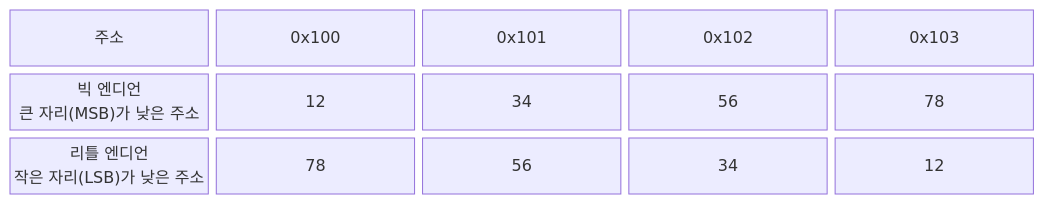
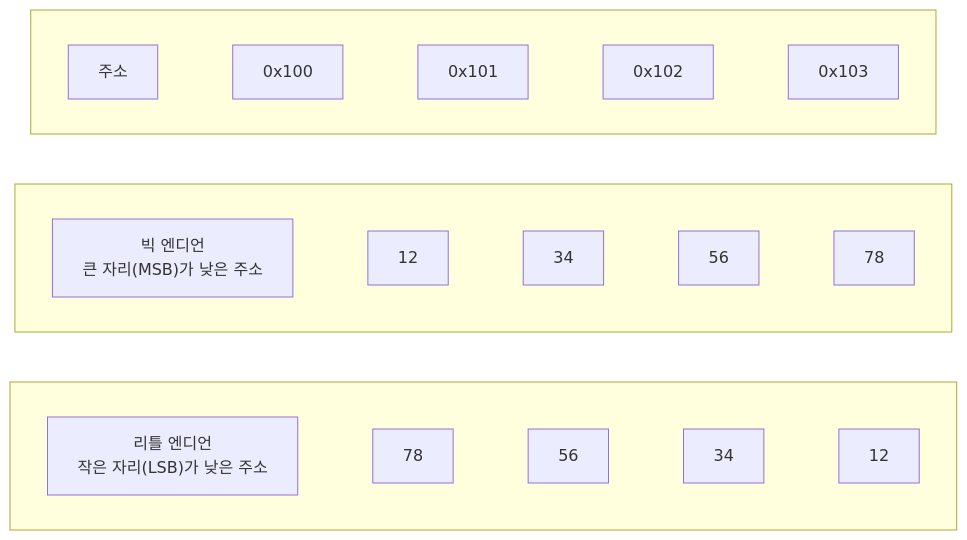
Before and after one commit to HerrineKim/riverlog: the diagram in content/knowledge/Computer-Science/Computer-Architecture/data-representation.md, drawn with Mermaid. The commit also changed 4 other files, not shown here.

First line of the commit message:
docs(knowledge): block-beta 다이어그램을 flowchart로 (일부)

````diff
--- a/content/knowledge/Computer-Science/Computer-Architecture/data-representation.md
+++ b/content/knowledge/Computer-Science/Computer-Architecture/data-representation.md
@@ -297,7 +297,16 @@
 ```mermaid
-block-beta
-  columns 5
-  h0["주소"] h1["0x100"] h2["0x101"] h3["0x102"] h4["0x103"]
-  b0["빅 엔디언<br/>큰 자리(MSB)가 낮은 주소"] b1["12"] b2["34"] b3["56"] b4["78"]
-  l0["리틀 엔디언<br/>작은 자리(LSB)가 낮은 주소"] l1["78"] l2["56"] l3["34"] l4["12"]
+flowchart TB
+  subgraph hrow[" "]
+    direction LR
+    h0["주소"] ~~~ h1["0x100"] ~~~ h2["0x101"] ~~~ h3["0x102"] ~~~ h4["0x103"]
+  end
+  subgraph brow[" "]
+    direction LR
+    b0["빅 엔디언<br/>큰 자리(MSB)가 낮은 주소"] ~~~ b1["12"] ~~~ b2["34"] ~~~ b3["56"] ~~~ b4["78"]
+  end
+  subgraph lrow[" "]
+    direction LR
+    l0["리틀 엔디언<br/>작은 자리(LSB)가 낮은 주소"] ~~~ l1["78"] ~~~ l2["56"] ~~~ l3["34"] ~~~ l4["12"]
+  end
+  hrow ~~~ brow ~~~ lrow
 ```
````
